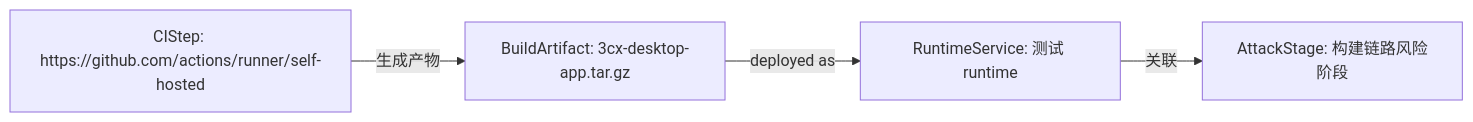
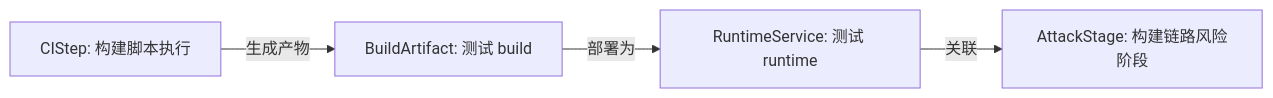
One commit to HEIBAI198/Security changed the fourth of 5 diagrams in storage/workspaces/ws_20260625_151609_10bf1b74/report.md. Above: the diagram before and after it, drawn with Mermaid. The commit also changed other lines of this file and 101 other files, not shown here.

````diff
--- a/storage/workspaces/ws_20260625_151609_10bf1b74/report.md
+++ b/storage/workspaces/ws_20260625_151609_10bf1b74/report.md
@@ -90,10 +226,10 @@
 ```mermaid
 flowchart LR
-  N1["CIStep: https://github.com/actions/runner/self-hosted"]
-  N2["BuildArtifact: 3cx-desktop-app.tar.gz"]
+  N1["CIStep: 构建脚本执行"]
+  N2["BuildArtifact: 测试 build"]
   N3["RuntimeService: 测试 runtime"]
   N4["AttackStage: 构建链路风险阶段"]
   N1 -->|生成产物| N2
-  N2 -->|deployed as| N3
+  N2 -->|部署为| N3
   N3 -->|关联| N4
 ```
````
